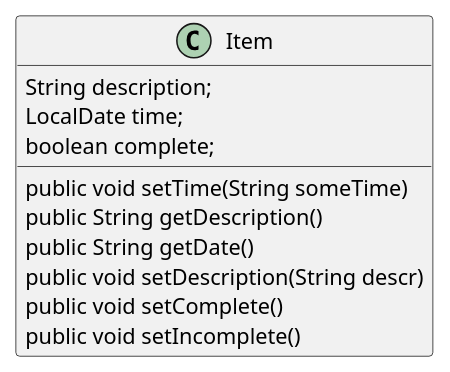
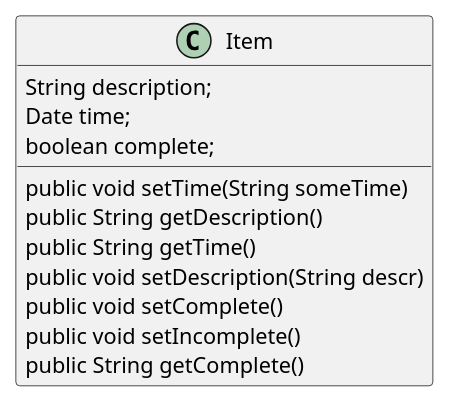
The diagram in uml/Item.puml (N00dles123/Lin-cop3330-assignment4part2), drawn with PlantUML before and after one commit. The commit also changed 3 other files, not shown here.

```diff
--- a/uml/Item.puml
+++ b/uml/Item.puml
@@ -1,15 +1,16 @@
 @startuml
 'https://plantuml.com/sequence-diagram
 
 class Item{
 String description;
-LocalDate time;
+Date time;
 boolean complete;
 public void setTime(String someTime)
 public String getDescription()
-public String getDate()
+public String getTime()
 public void setDescription(String descr)
 public void setComplete()
 public void setIncomplete()
+public String getComplete()
 }
 @enduml
```
